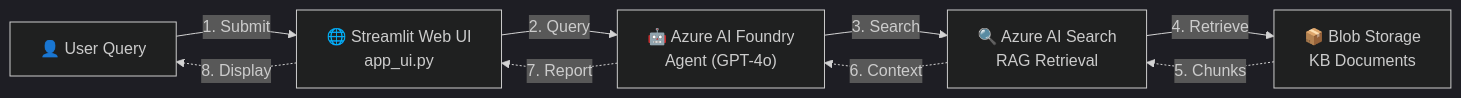
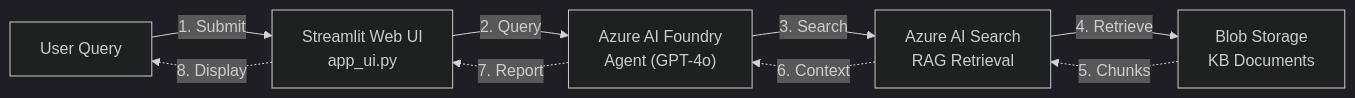
The diagram in lab/instructions/00_Introduction.md (ADKWDHQWQHDQI/Agent-using-GHCP), drawn with Mermaid (dark theme) before and after one commit. The commit also changed 6 other files, not shown here.

````diff
--- a/lab/instructions/00_Introduction.md
+++ b/lab/instructions/00_Introduction.md
@@ -24,11 +24,11 @@
 ```mermaid
 flowchart LR
-    U["👤 User Query"] -->|"1. Submit"| UI["🌐 Streamlit Web UI\napp_ui.py"]
-    UI -->|"2. Query"| A["🤖 Azure AI Foundry\nAgent (GPT-4o)"]
-    A -->|"3. Search"| S["🔍 Azure AI Search\nRAG Retrieval"]
-    S -->|"4. Retrieve"| B["📦 Blob Storage\nKB Documents"]
+    U[" User Query"] -->|"1. Submit"| UI[" Streamlit Web UI\napp_ui.py"]
+    UI -->|"2. Query"| A[" Azure AI Foundry\nAgent (GPT-4o)"]
+    A -->|"3. Search"| S[" Azure AI Search\nRAG Retrieval"]
+    S -->|"4. Retrieve"| B[" Blob Storage\nKB Documents"]
     B -.->|"5. Chunks"| S
     S -.->|"6. Context"| A
     A -.->|"7. Report"| UI
     UI -.->|"8. Display"| U
 ```
````
